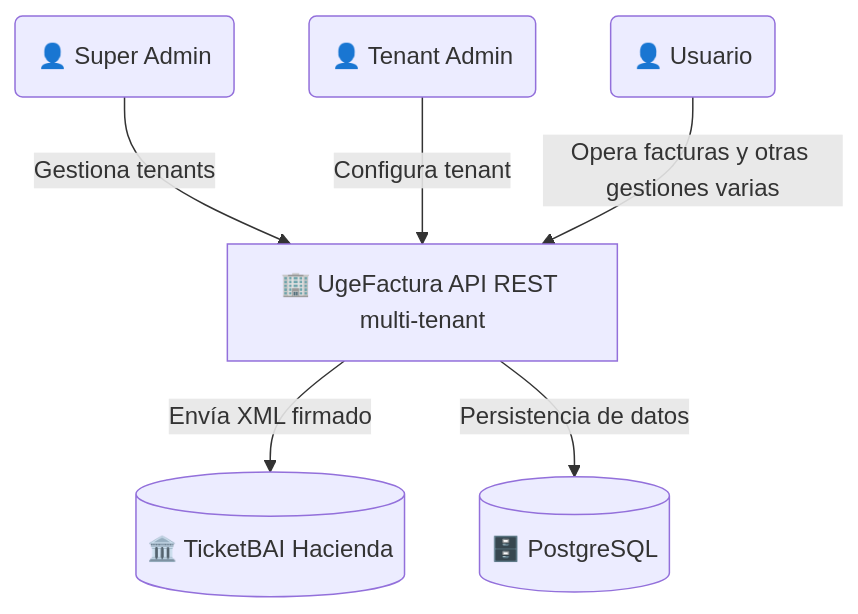
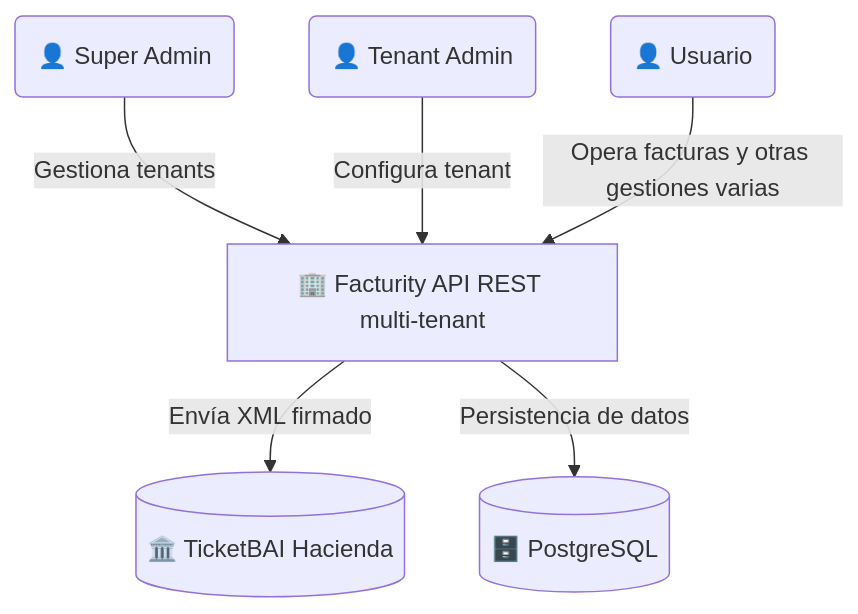
The diagram in docs/proyecto/README.md (Enekoitz/Facturity), drawn with Mermaid before and after one commit. The commit also changed other lines of this file and 19 other files, not shown here.

````diff
--- a/docs/proyecto/README.md
+++ b/docs/proyecto/README.md
@@ -4,21 +4,21 @@
 ```mermaid
 flowchart TD
     %% Actores
     superAdmin("👤 Super Admin")
     tenantAdmin("👤 Tenant Admin")
     usuario("👤 Usuario")
 
     %% Sistema
-    ugefactura["🏢 UgeFactura API REST multi-tenant"]
+    facturity["🏢 Facturity API REST multi-tenant"]
 
     %% Externos
     hacienda[("🏛️ TicketBAI Hacienda")]
     db[("🗄️ PostgreSQL")]
 
     %% Relaciones
-    superAdmin -->|Gestiona tenants| ugefactura
-    tenantAdmin -->|Configura tenant| ugefactura
-    usuario -->|Opera facturas y otras gestiones varias| ugefactura
-    ugefactura -->|Envía XML firmado| hacienda
-    ugefactura -->|Persistencia de datos| db
+    superAdmin -->|Gestiona tenants| facturity
+    tenantAdmin -->|Configura tenant| facturity
+    usuario -->|Opera facturas y otras gestiones varias| facturity
+    facturity -->|Envía XML firmado| hacienda
+    facturity -->|Persistencia de datos| db
 ```
````
